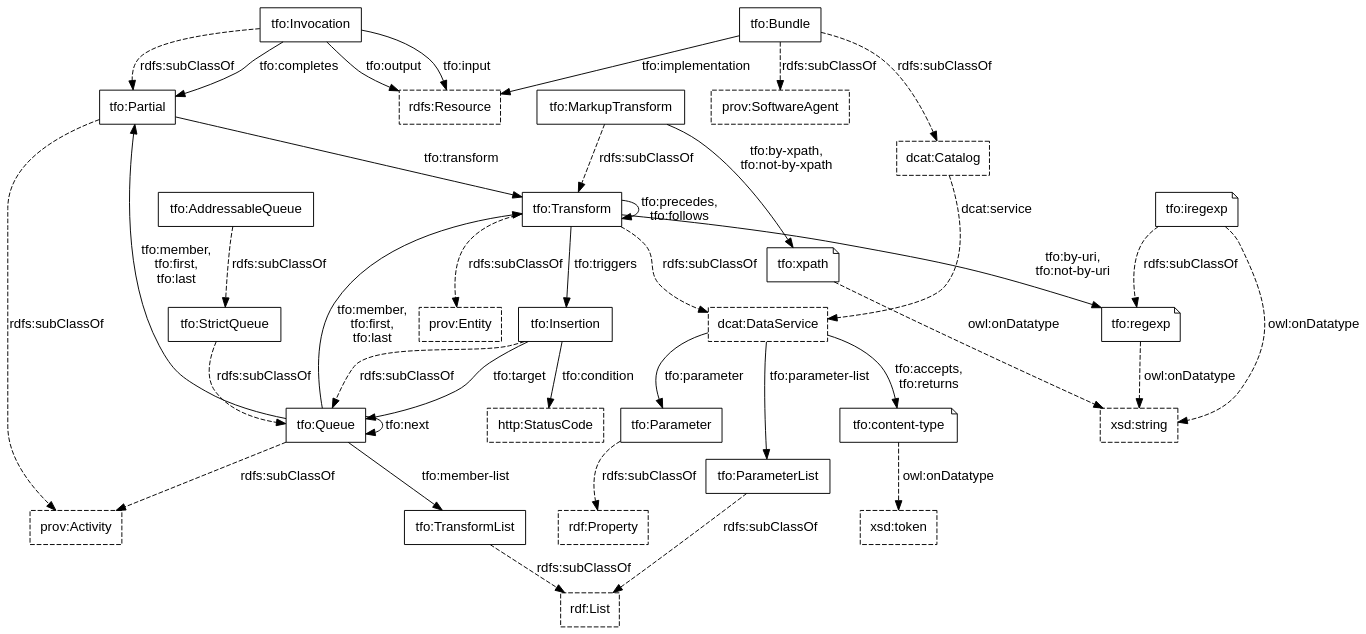
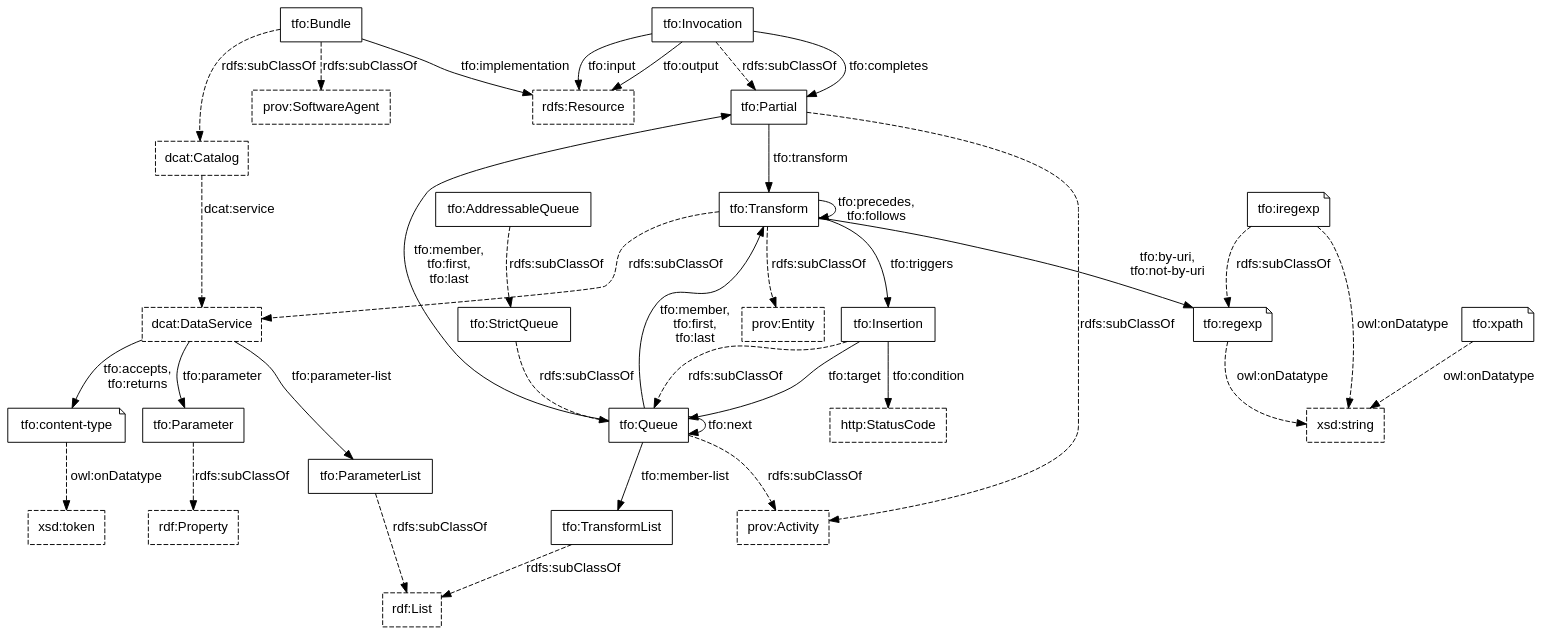
The diagram in transformation-classes.dot (doriantaylor/owl-transformation), drawn with Graphviz before and after one commit. The commit also changed 3 other files, not shown here.

```diff
--- a/transformation-classes.dot
+++ b/transformation-classes.dot
@@ -1,112 +1,113 @@
 digraph {
     graph [bgcolor=transparent];
     node [shape=box,color="#000000",fontcolor="#000000",fontname="Lucida Grande, Lucida Sans Unicode, sans-serif"];
     edge [color="#000000",fontcolor="#000000",fontname="Lucida Grande, Lucida Sans Unicode, sans-serif"];
 
     // third-party classes
 
     subgraph {
         node [style=dashed];
         prov_Activity [label="prov:Activity", target="_parent", href="https://www.w3.org/TR/prov-o/#Activity"];
         prov_Entity [label="prov:Entity", target="_parent", href="https://www.w3.org/TR/prov-o/#Entity"];
         dcat_Catalog [label="dcat:Catalog" target="_parent", href="https://www.w3.org/TR/vocab-dcat-2/#Class:Catalog"];
         dcat_DataService [label="dcat:DataService" target="_parent", href="https://www.w3.org/TR/vocab-dcat-2/#Class:Data_Service"];
         prov_SoftwareAgent [label="prov:SoftwareAgent", target="_parent", href="https://www.w3.org/TR/prov-o/#SoftwareAgent"];
         rdf_List      [label="rdf:List", target="_parent", href="https://www.w3.org/TR/rdf-schema/#ch_list"];
         rdf_Property  [label="rdf:Property", target="_parent", href="https://www.w3.org/TR/rdf-schema/#ch_property"];
         rdfs_Resource [label="rdfs:Resource", target="_parent", href="https://www.w3.org/TR/rdf-schema/#ch_resource"];
         http_StatusCode [label="http:StatusCode", target="_parent", href="https://www.w3.org/TR/HTTP-in-RDF10/#StatusCodeClass"];
         xsd_string    [label="xsd:string", target="_parent", href="https://www.w3.org/TR/xmlschema-2/#string"];
         xsd_token     [label="xsd:token", target="_parent", href="https://www.w3.org/TR/xmlschema-2/#token"];
         //rdf_nil       [label="rdf:nil", target="_parent", href="https://www.w3.org/TR/rdf-schema/#ch_nil"];
     }
 
     // our classes
 
     tfo_Bundle [label="tfo:Bundle", target="_parent", href="https://vocab.methodandstructure.com/transformation#Bundle"];
     tfo_Invocation [label="tfo:Invocation", target="_parent", href="https://vocab.methodandstructure.com/transformation#Invocation"];
     tfo_Parameter [label="tfo:Parameter", target="_parent", href="https://vocab.methodandstructure.com/transformation#Parameter"];
     tfo_ParameterList [label="tfo:ParameterList", target="_parent", href="https://vocab.methodandstructure.com/transformation#ParameterList"];
     tfo_Partial [label="tfo:Partial", target="_parent", href="https://vocab.methodandstructure.com/transformation#Partial"];
     tfo_Transform [label="tfo:Transform", target="_parent", href="https://vocab.methodandstructure.com/transformation#Transform"];
-    tfo_MarkupTransform [label="tfo:MarkupTransform", target="_parent", href="https://vocab.methodandstructure.com/transformation#MarkupTransform"];
+    // tfo_MarkupTransform [label="tfo:MarkupTransform", target="_parent", href="https://vocab.methodandstructure.com/transformation#MarkupTransform"];
     tfo_Queue [label="tfo:Queue", target="_parent", href="https://vocab.methodandstructure.com/transformation#Queue"];
     tfo_StrictQueue [label="tfo:StrictQueue", target="_parent", href="https://vocab.methodandstructure.com/transformation#StrictQueue"];
     tfo_AddressableQueue [label="tfo:AddressableQueue", target="_parent", href="https://vocab.methodandstructure.com/transformation#AddressableQueue"];
     tfo_TransformList [label="tfo:TransformList", target="_parent", href="https://vocab.methodandstructure.com/transformation#TransformList"];
     tfo_Insertion [label="tfo:Insertion", target="_parent", href="https://vocab.methodandstructure.com/transformation#Insertion"];
 
     // our datatypes
 
     subgraph {
         node [shape=note];
         tfo_content_type [label="tfo:content-type", target="_parent", href="https://vocab.methodandstructure.com/transformation#content-type"];
         tfo_regexp [label="tfo:regexp", target="_parent", href="https://vocab.methodandstructure.com/transformation#regexp"];
         tfo_iregexp [label="tfo:iregexp", target="_parent", href="https://vocab.methodandstructure.com/transformation#iregexp"];
         tfo_xpath [label="tfo:xpath", target="_parent", href="https://vocab.methodandstructure.com/transformation#xpath"];
     }
 
     subgraph {
         edge [style=dashed, label="owl:onDatatype"];
         tfo_content_type -> xsd_token;
         tfo_regexp       -> xsd_string;
         tfo_iregexp      -> xsd_string;
         tfo_xpath        -> xsd_string;
     }
 
     // subclass relations
 
     subgraph {
         edge [style=dashed, label="rdfs:subClassOf"];
         tfo_Bundle           -> dcat_Catalog;
         tfo_Bundle           -> prov_SoftwareAgent;
         tfo_Invocation       -> tfo_Partial -> prov_Activity;
-        tfo_MarkupTransform  -> tfo_Transform -> dcat_DataService;
+        // tfo_MarkupTransform  -> tfo_Transform -> dcat_DataService;
+        tfo_Transform        -> dcat_DataService;
         tfo_Transform        -> prov_Entity;
         tfo_Parameter        -> rdf_Property;
         tfo_ParameterList    -> rdf_List;
         tfo_iregexp          -> tfo_regexp;
         tfo_StrictQueue      -> tfo_Queue -> prov_Activity;
         tfo_AddressableQueue -> tfo_StrictQueue;
         tfo_Insertion        -> tfo_Queue;
         tfo_TransformList    -> rdf_List;
     }
 
     // main relations
 
     tfo_Bundle -> rdfs_Resource [label="tfo:implementation"];
     dcat_DataService -> tfo_Parameter [label="tfo:parameter"];
     dcat_DataService -> tfo_ParameterList [label="tfo:parameter-list"];
     dcat_DataService -> tfo_content_type [label="tfo:accepts,\ntfo:returns"];
     // tfo_Transform -> tfo_content_type [label="tfo:returns"];
     tfo_Transform -> tfo_Transform [label="tfo:precedes,\ntfo:follows"];
     tfo_Transform -> tfo_Insertion [label="tfo:triggers"];
     tfo_Partial   -> tfo_Transform [label="tfo:transform"];
     tfo_Invocation -> tfo_Partial [label="tfo:completes"];
     tfo_Invocation -> rdfs_Resource [label="tfo:input"];
     tfo_Invocation -> rdfs_Resource [label="tfo:output"];
 
     tfo_Queue -> tfo_Queue [label="tfo:next"];
     tfo_Queue -> tfo_Transform [label="tfo:member,\ntfo:first,\ntfo:last"];
     tfo_Queue -> tfo_Partial [label="tfo:member,\ntfo:first,\ntfo:last"];
     tfo_Queue -> tfo_TransformList [label="tfo:member-list"];
 
     tfo_Insertion -> tfo_Queue [label="tfo:target"];
     tfo_Insertion -> http_StatusCode [label="tfo:condition"];
 
     tfo_Transform -> tfo_regexp [label="tfo:by-uri,\ntfo:not-by-uri"];
-    tfo_MarkupTransform -> tfo_xpath [label="tfo:by-xpath,\ntfo:not-by-xpath"];
+    //tfo_MarkupTransform -> tfo_xpath [label="tfo:by-xpath,\ntfo:not-by-xpath"];
 
     subgraph {
         edge [style=dashed];
         dcat_Catalog -> dcat_DataService [label="dcat:service"];
         //tfo_Parameter -> tfo_Invocation [label="rdfs:domain"];
         //tfo_ParameterList -> tfo_Parameter [label="rdf:first"];
         //tfo_ParameterList -> tfo_ParameterList [label="rdf:rest"];
         //tfo_ParameterList -> rdf_nil [label="rdf:rest"];
         //tfo_TransformList -> tfo_Transform [label="rdf:first"];
         //tfo_TransformList -> tfo_Partial [label="rdf:first"];
         //tfo_TransformList -> tfo_TransformList [label="rdf:rest"];
         //tfo_TransformList -> rdf_nil [label="rdf:rest"];
     }
 }
```
